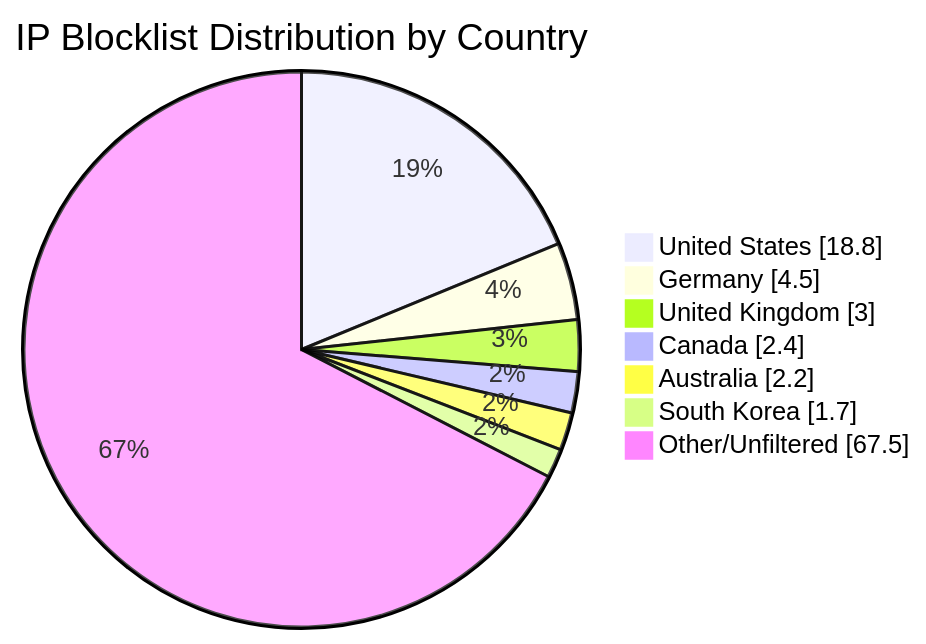
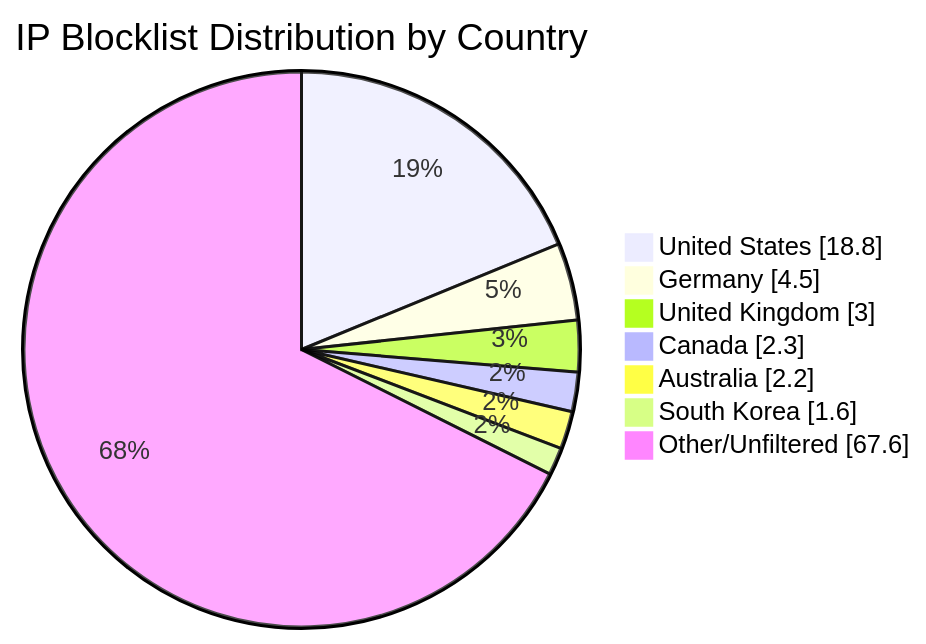
The diagram in README.md (MarcusHoltz/ipblocklist-geofiltered-aggregator), drawn with Mermaid before and after one commit. The commit also changed other lines of this file and 9 other files, not shown here.

````diff
--- a/README.md
+++ b/README.md
@@ -34,10 +34,10 @@
 ```mermaid
 pie showData title IP Blocklist Distribution by Country
 "United States" : 18.8
 "Germany" : 4.5
 "United Kingdom" : 3.0
-"Canada" : 2.4
+"Canada" : 2.3
 "Australia" : 2.2
-"South Korea" : 1.7
-"Other/Unfiltered" : 67.5
+"South Korea" : 1.6
+"Other/Unfiltered" : 67.6
 ```
````
